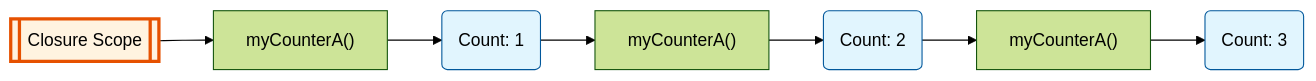
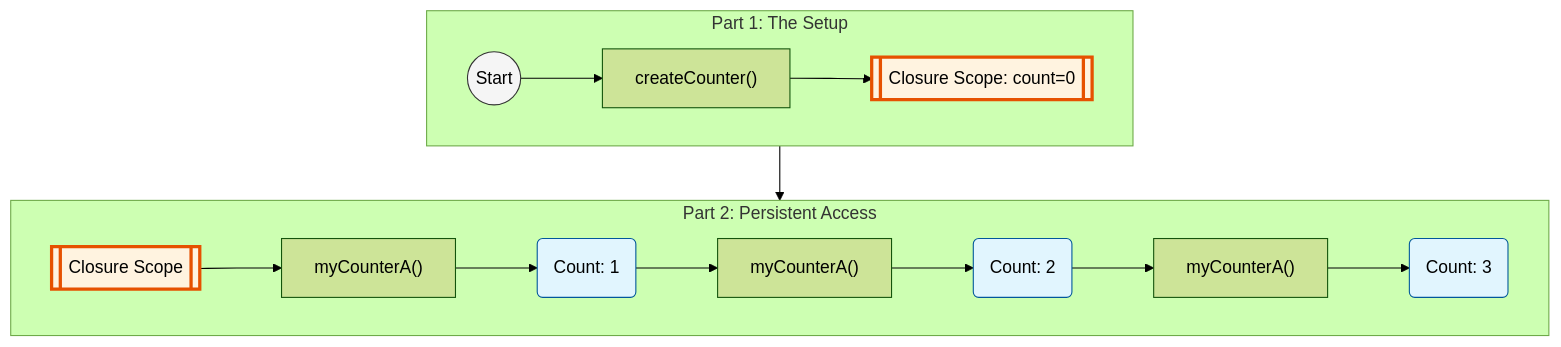
Before and after one commit to moideen-mashad/JavaScript-Closures: the diagram in README.md, drawn with Mermaid (forest theme). The commit also changed other lines of this file, not shown here.

````diff
--- a/README.md
+++ b/README.md
@@ -54,16 +44,28 @@
 ```mermaid
-graph LR
-    Scope[["Closure Scope"]] --> Call1["myCounterA()"]
-    Call1 --> Res1("Count: 1")
-    
-    Res1 --> Call2["myCounterA()"]
-    Call2 --> Res2("Count: 2")
-    
-    Res2 --> Call3["myCounterA()"]
-    Call3 --> Res3("Count: 3")
+graph TD
+    subgraph Setup ["Part 1: The Setup"]
+        direction LR
+        Start(("Start")) --> Create["createCounter()"]
+        Create --> Scope[["Closure Scope: count=0"]]
+    end
 
+    Setup --> Execution
+
+    subgraph Execution ["Part 2: Persistent Access"]
+        direction LR
+        ScopeRef[["Closure Scope"]] --> Call1["myCounterA()"]
+        Call1 --> Res1("Count: 1")
+        Res1 --> Call2["myCounterA()"]
+        Call2 --> Res2("Count: 2")
+        Res2 --> Call3["myCounterA()"]
+        Call3 --> Res3("Count: 3")
+    end
+
+    %% Styling
+    style Start fill:#f5f5f5,stroke:#333
     style Scope fill:#fff3e0,stroke:#e65100,stroke-width:3px
+    style ScopeRef fill:#fff3e0,stroke:#e65100,stroke-width:3px
     style Res1 fill:#e1f5fe,stroke:#01579b
     style Res2 fill:#e1f5fe,stroke:#01579b
     style Res3 fill:#e1f5fe,stroke:#01579b
 ```
````
